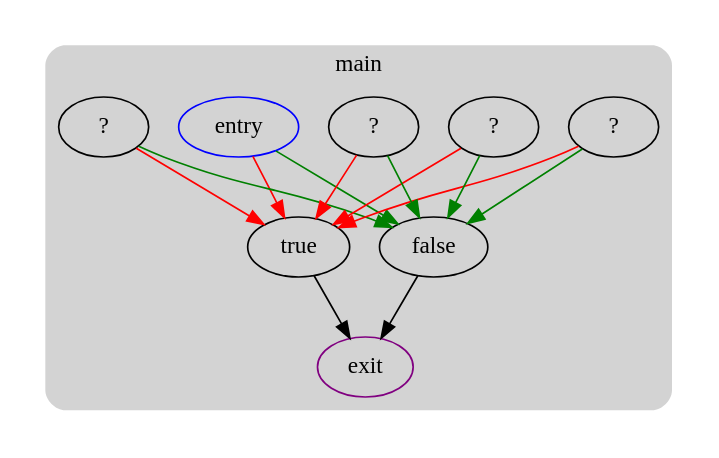
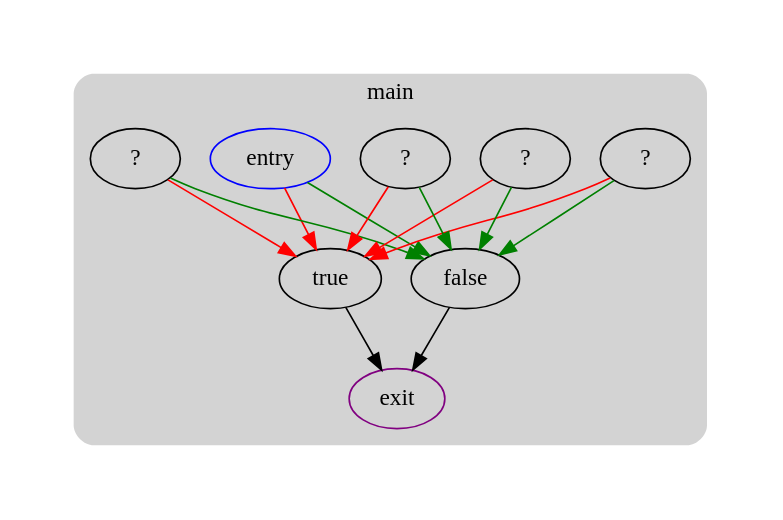
One commit to UnsignedByte/6120 changed the diagram in playground/unlabeled-bbs.cfg.dot. Above: the diagram before and after it, drawn with Graphviz. The commit also changed 76 other files, not shown here.

Commit message:
add margin around graphs

```diff
--- a/playground/unlabeled-bbs.cfg.dot
+++ b/playground/unlabeled-bbs.cfg.dot
@@ -1,32 +1,38 @@
 digraph G {
   compound=true
   subgraph cluster_ {
     peripheries=0
-    subgraph cluster_0 {
-      label="main"
-      color=darkgray
-      style=rounded
-      bgcolor=lightgray
-      cluster_0_0[label="entry",shape=oval,color=blue,rank=source]
-      cluster_0_1[label="?",shape=oval]
-      cluster_0_2[label="?",shape=oval]
-      cluster_0_3[label="?",shape=oval]
-      cluster_0_4[label="?",shape=oval]
-      cluster_0_5[label="true",shape=oval]
-      cluster_0_6[label="false",shape=oval]
-      cluster_0_exit[label=exit,color=purple,rank=sink]
-      cluster_0_0 -> cluster_0_6 [color=green]
-      cluster_0_0 -> cluster_0_5 [color=red]
-      cluster_0_1 -> cluster_0_6 [color=green]
-      cluster_0_1 -> cluster_0_5 [color=red]
-      cluster_0_2 -> cluster_0_6 [color=green]
-      cluster_0_2 -> cluster_0_5 [color=red]
-      cluster_0_3 -> cluster_0_6 [color=green]
-      cluster_0_3 -> cluster_0_5 [color=red]
-      cluster_0_4 -> cluster_0_6 [color=green]
-      cluster_0_4 -> cluster_0_5 [color=red]
-      cluster_0_5 -> cluster_0_exit [color=black]
-      cluster_0_6 -> cluster_0_exit [color=black]
+    margin=10
+    subgraph cluster_0_wrapper {
+      peripheries=0
+      margin=15
+      subgraph cluster_0 {
+        label="main"
+        color=darkgray
+        style=rounded
+        bgcolor=lightgray
+        margin=10
+        cluster_0_0[label="entry",shape=oval,color=blue,rank=source]
+        cluster_0_1[label="?",shape=oval]
+        cluster_0_2[label="?",shape=oval]
+        cluster_0_3[label="?",shape=oval]
+        cluster_0_4[label="?",shape=oval]
+        cluster_0_5[label="true",shape=oval]
+        cluster_0_6[label="false",shape=oval]
+        cluster_0_exit[label=exit,color=purple,rank=sink]
+        cluster_0_0 -> cluster_0_6 [color=green]
+        cluster_0_0 -> cluster_0_5 [color=red]
+        cluster_0_1 -> cluster_0_6 [color=green]
+        cluster_0_1 -> cluster_0_5 [color=red]
+        cluster_0_2 -> cluster_0_6 [color=green]
+        cluster_0_2 -> cluster_0_5 [color=red]
+        cluster_0_3 -> cluster_0_6 [color=green]
+        cluster_0_3 -> cluster_0_5 [color=red]
+        cluster_0_4 -> cluster_0_6 [color=green]
+        cluster_0_4 -> cluster_0_5 [color=red]
+        cluster_0_5 -> cluster_0_exit [color=black]
+        cluster_0_6 -> cluster_0_exit [color=black]
+      }
     }
   }
 }
```
